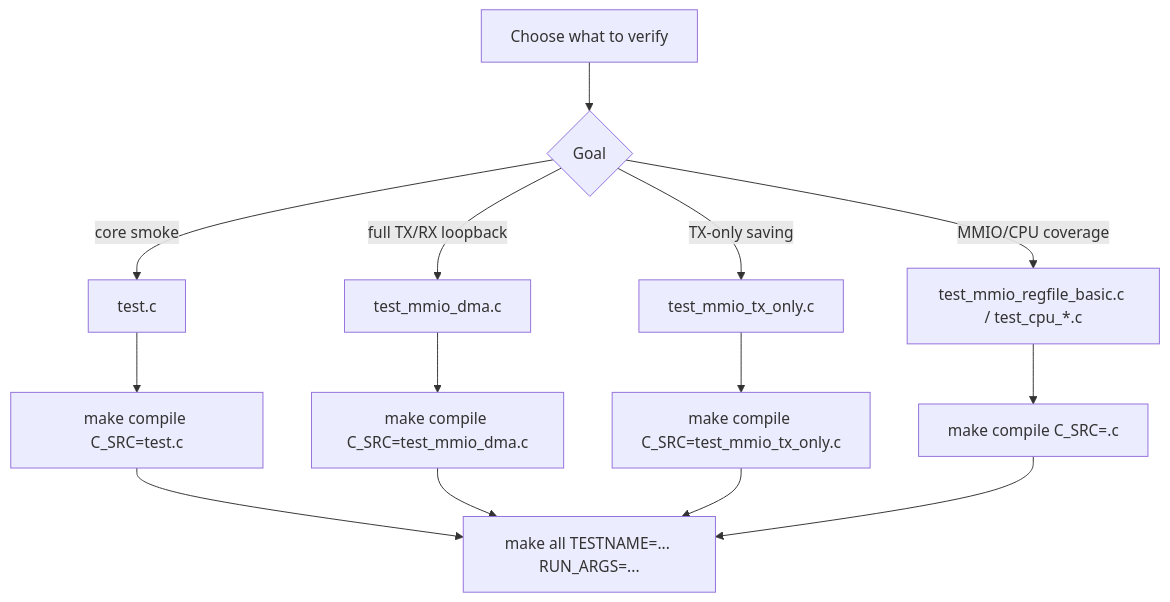
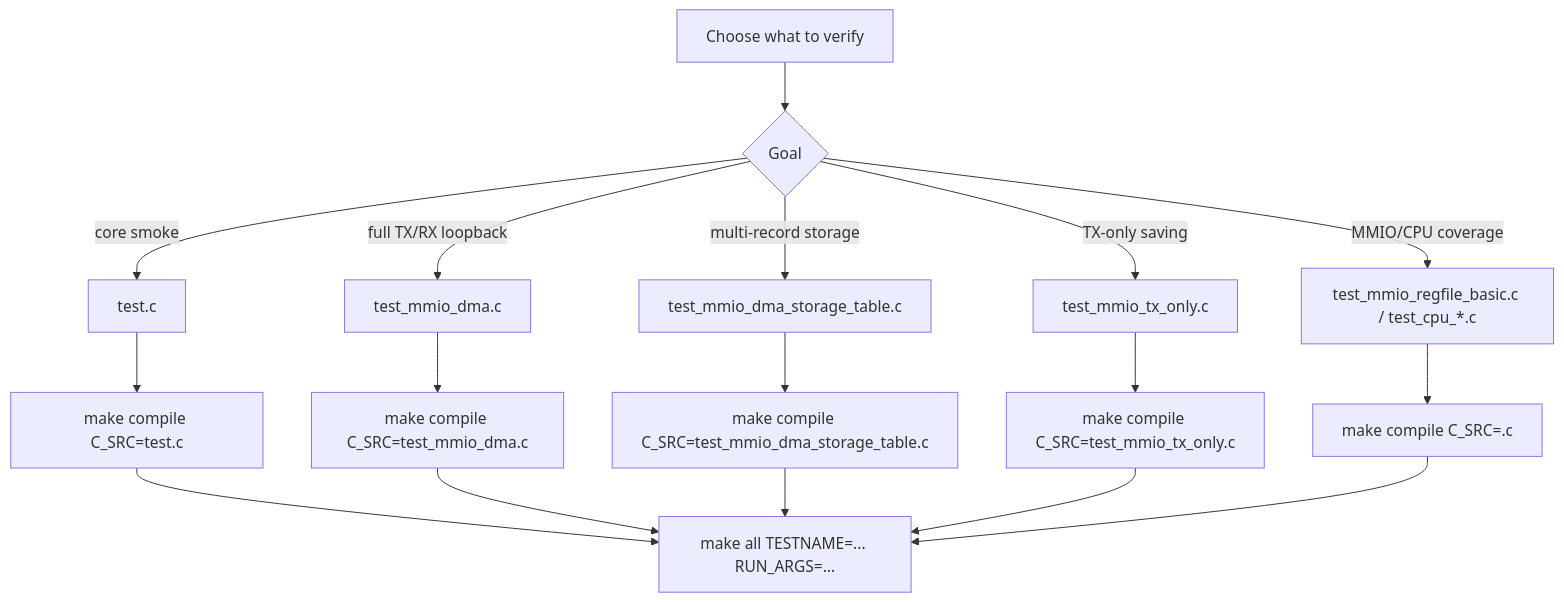
One commit to ngoquocan139/AES_huffman_all6 changed the diagram in docs/c_files_explained.md. Above: the diagram before and after it, drawn with Mermaid. The commit also changed other lines of this file and 488 other files, not shown here.

````diff
--- a/docs/c_files_explained.md
+++ b/docs/c_files_explained.md
@@ -34,16 +35,19 @@
 ```mermaid
 flowchart TD
   A["Choose what to verify"] --> B{"Goal"}
   B -->|"core smoke"| C["test.c"]
   B -->|"full TX/RX loopback"| D["test_mmio_dma.c"]
+  B -->|"multi-record storage"| S["test_mmio_dma_storage_table.c"]
   B -->|"TX-only saving"| E["test_mmio_tx_only.c"]
   B -->|"MMIO/CPU coverage"| F["test_mmio_regfile_basic.c / test_cpu_*.c"]
   C --> G["make compile C_SRC=test.c"]
   D --> H["make compile C_SRC=test_mmio_dma.c"]
+  S --> HS["make compile C_SRC=test_mmio_dma_storage_table.c"]
   E --> I["make compile C_SRC=test_mmio_tx_only.c"]
   F --> J["make compile C_SRC=<coverage>.c"]
   G --> K["make all TESTNAME=... RUN_ARGS=..."]
   H --> K
+  HS --> K
   I --> K
   J --> K
 ```
````
